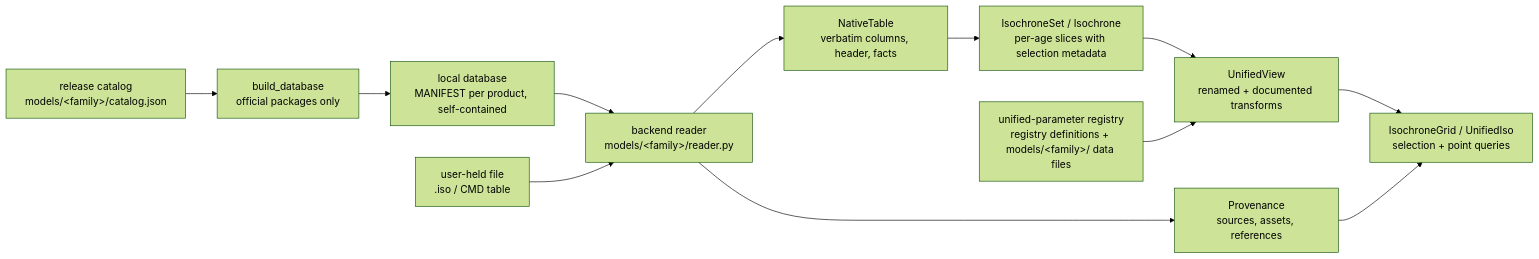
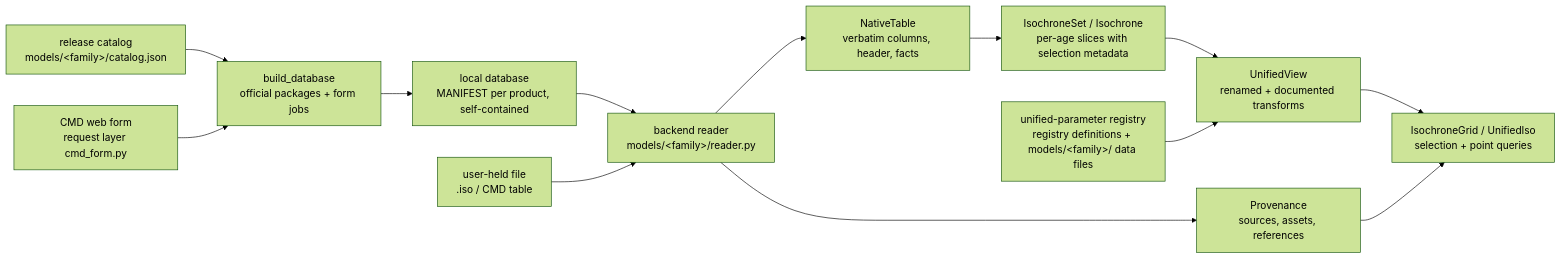
Before and after one commit to astro-jingtao/stellariso: the diagram in docs/architecture.md, drawn with Mermaid (forest theme). The commit also changed other lines of this file and 7 other files, not shown here.

First line of the commit message:
docs: sweep the last pre-form framing; describe the two-channel database

````diff
--- a/docs/architecture.md
+++ b/docs/architecture.md
@@ -7,14 +7,15 @@
 ```mermaid
 flowchart LR
-    C[release catalog<br/>models/&lt;family&gt;/catalog.json] --> B[build_database<br/>official packages only]
+    C[release catalog<br/>models/&lt;family&gt;/catalog.json] --> B[build_database<br/>official packages + form jobs]
+    W[CMD web form<br/>request layer cmd_form.py] --> B
     B --> D[local database<br/>MANIFEST per product, self-contained]
     D --> R[backend reader<br/>models/&lt;family&gt;/reader.py]
     F[user-held file<br/>.iso / CMD table] --> R
     R --> N[NativeTable<br/>verbatim columns, header, facts]
     N --> S[IsochroneSet / Isochrone<br/>per-age slices with selection metadata]
     S --> U[UnifiedView<br/>renamed + documented transforms]
     Q[unified-parameter registry<br/>registry definitions + models/&lt;family&gt;/ data files] --> U
     U --> G[IsochroneGrid / UnifiedIso<br/>selection + point queries]
     R --> P[Provenance<br/>sources, assets, references]
     P --> G
 ```
````
